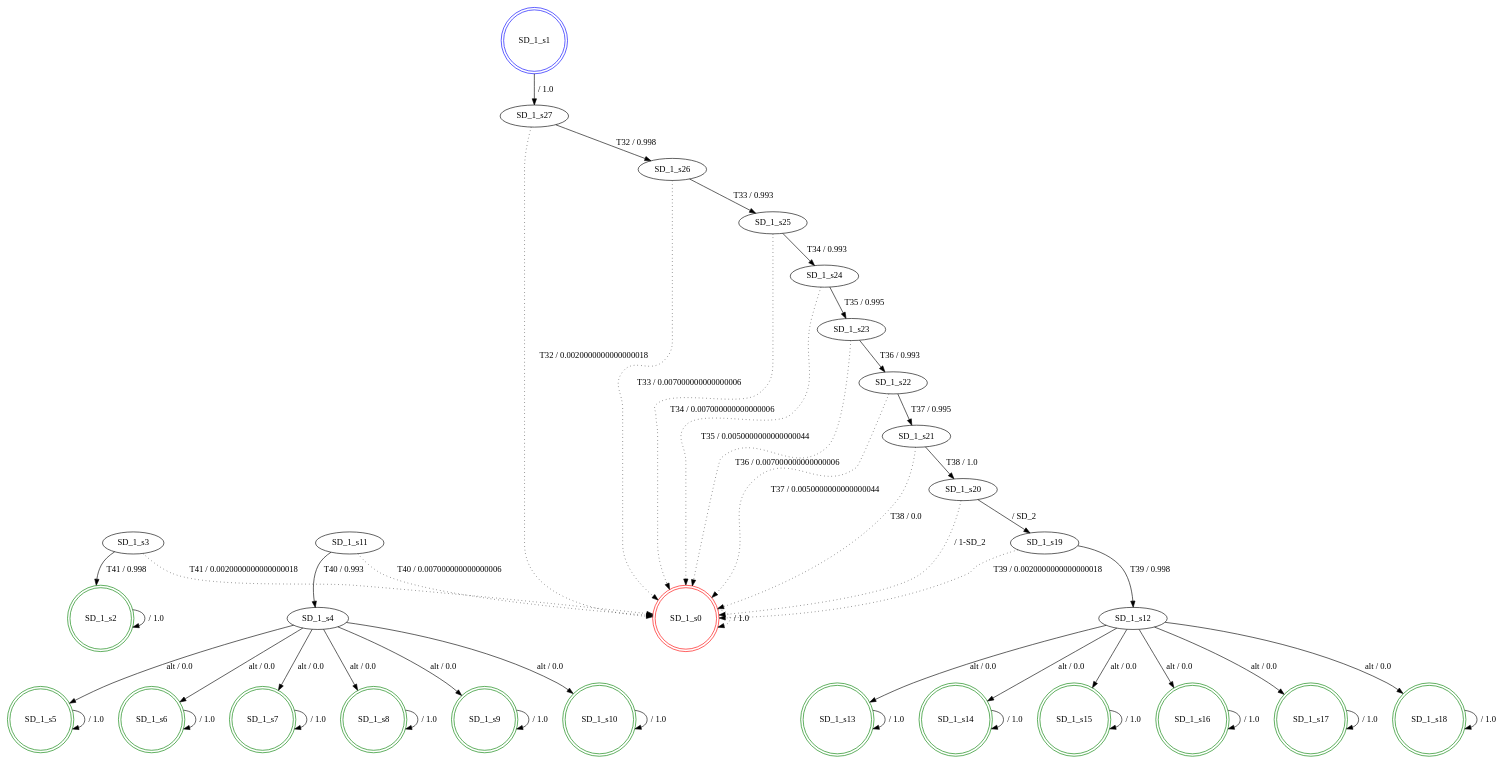
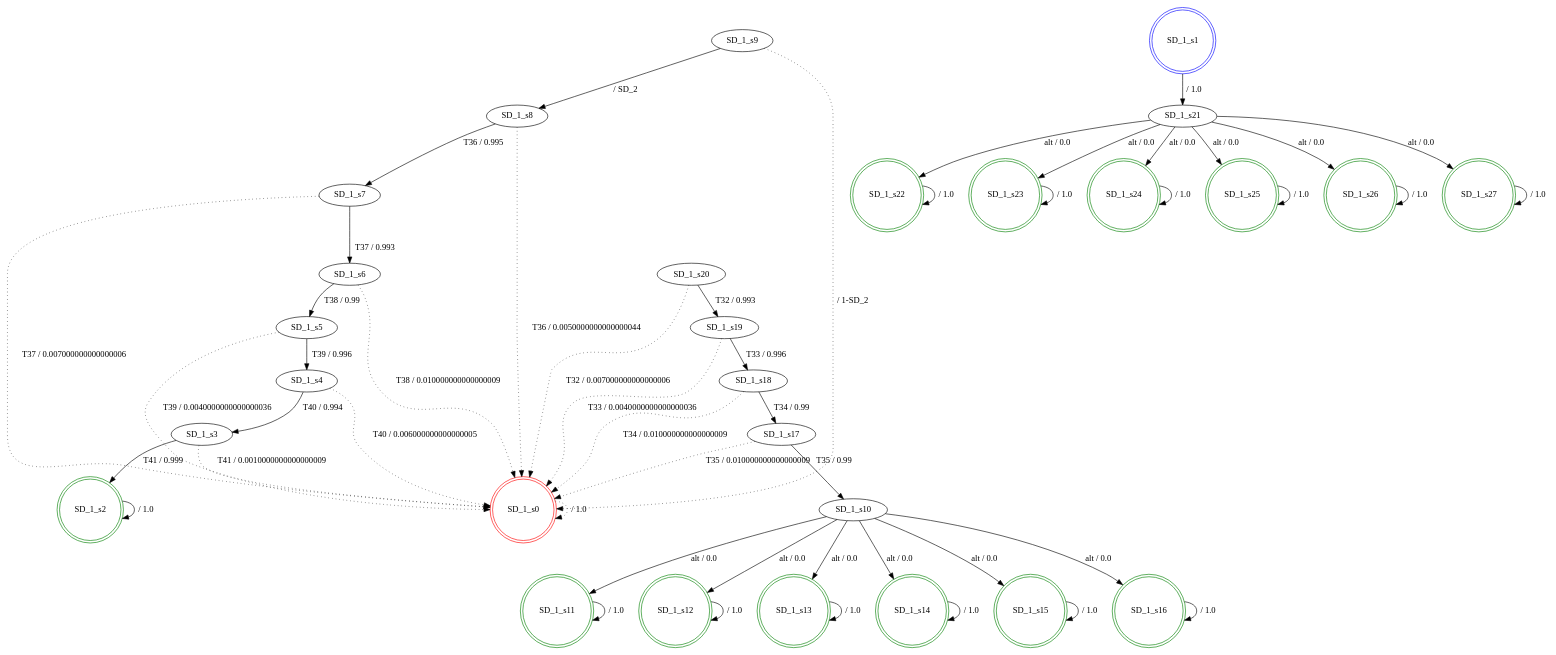
One commit to SPLMC/spl-generator changed the diagram in src/results_igor/3/fdtmc_SD_1.dot. Above: the diagram before and after it, drawn with Graphviz. The commit also changed 20 other files, not shown here.

```diff
--- a/src/results_igor/3/fdtmc_SD_1.dot
+++ b/src/results_igor/3/fdtmc_SD_1.dot
@@ -1,79 +1,79 @@
 digraph graphname {
 SD_1_s0 [label="SD_1_s0",color=red,shape=doublecircle ];
 SD_1_s1 [label="SD_1_s1",color=blue,shape=doublecircle ];
 SD_1_s2 [label="SD_1_s2",color=green,shape=doublecircle ];
 SD_1_s3 [label="SD_1_s3" ];
 SD_1_s4 [label="SD_1_s4" ];
-SD_1_s5 [label="SD_1_s5",color=green,shape=doublecircle ];
-SD_1_s6 [label="SD_1_s6",color=green,shape=doublecircle ];
-SD_1_s7 [label="SD_1_s7",color=green,shape=doublecircle ];
-SD_1_s8 [label="SD_1_s8",color=green,shape=doublecircle ];
-SD_1_s9 [label="SD_1_s9",color=green,shape=doublecircle ];
-SD_1_s10 [label="SD_1_s10",color=green,shape=doublecircle ];
-SD_1_s11 [label="SD_1_s11" ];
-SD_1_s12 [label="SD_1_s12" ];
+SD_1_s5 [label="SD_1_s5" ];
+SD_1_s6 [label="SD_1_s6" ];
+SD_1_s7 [label="SD_1_s7" ];
+SD_1_s8 [label="SD_1_s8" ];
+SD_1_s9 [label="SD_1_s9" ];
+SD_1_s10 [label="SD_1_s10" ];
+SD_1_s11 [label="SD_1_s11",color=green,shape=doublecircle ];
+SD_1_s12 [label="SD_1_s12",color=green,shape=doublecircle ];
 SD_1_s13 [label="SD_1_s13",color=green,shape=doublecircle ];
 SD_1_s14 [label="SD_1_s14",color=green,shape=doublecircle ];
 SD_1_s15 [label="SD_1_s15",color=green,shape=doublecircle ];
 SD_1_s16 [label="SD_1_s16",color=green,shape=doublecircle ];
-SD_1_s17 [label="SD_1_s17",color=green,shape=doublecircle ];
-SD_1_s18 [label="SD_1_s18",color=green,shape=doublecircle ];
+SD_1_s17 [label="SD_1_s17" ];
+SD_1_s18 [label="SD_1_s18" ];
 SD_1_s19 [label="SD_1_s19" ];
 SD_1_s20 [label="SD_1_s20" ];
 SD_1_s21 [label="SD_1_s21" ];
-SD_1_s22 [label="SD_1_s22" ];
-SD_1_s23 [label="SD_1_s23" ];
-SD_1_s24 [label="SD_1_s24" ];
-SD_1_s25 [label="SD_1_s25" ];
-SD_1_s26 [label="SD_1_s26" ];
-SD_1_s27 [label="SD_1_s27" ];
+SD_1_s22 [label="SD_1_s22",color=green,shape=doublecircle ];
+SD_1_s23 [label="SD_1_s23",color=green,shape=doublecircle ];
+SD_1_s24 [label="SD_1_s24",color=green,shape=doublecircle ];
+SD_1_s25 [label="SD_1_s25",color=green,shape=doublecircle ];
+SD_1_s26 [label="SD_1_s26",color=green,shape=doublecircle ];
+SD_1_s27 [label="SD_1_s27",color=green,shape=doublecircle ];
 SD_1_s0 -> SD_1_s0 [label=" / 1.0", style=dotted];
-SD_1_s1 -> SD_1_s27 [label=" / 1.0"];
+SD_1_s1 -> SD_1_s21 [label=" / 1.0"];
 SD_1_s2 -> SD_1_s2 [label=" / 1.0"];
-SD_1_s3 -> SD_1_s2 [label="T41 / 0.998"];
-SD_1_s3 -> SD_1_s0 [label="T41 / 0.0020000000000000018", style=dotted];
-SD_1_s4 -> SD_1_s5 [label="alt / 0.0"];
-SD_1_s4 -> SD_1_s6 [label="alt / 0.0"];
-SD_1_s4 -> SD_1_s7 [label="alt / 0.0"];
-SD_1_s4 -> SD_1_s8 [label="alt / 0.0"];
-SD_1_s4 -> SD_1_s9 [label="alt / 0.0"];
-SD_1_s4 -> SD_1_s10 [label="alt / 0.0"];
-SD_1_s5 -> SD_1_s5 [label=" / 1.0"];
-SD_1_s6 -> SD_1_s6 [label=" / 1.0"];
-SD_1_s7 -> SD_1_s7 [label=" / 1.0"];
-SD_1_s8 -> SD_1_s8 [label=" / 1.0"];
-SD_1_s9 -> SD_1_s9 [label=" / 1.0"];
-SD_1_s10 -> SD_1_s10 [label=" / 1.0"];
-SD_1_s11 -> SD_1_s4 [label="T40 / 0.993"];
-SD_1_s11 -> SD_1_s0 [label="T40 / 0.007000000000000006", style=dotted];
-SD_1_s12 -> SD_1_s13 [label="alt / 0.0"];
-SD_1_s12 -> SD_1_s14 [label="alt / 0.0"];
-SD_1_s12 -> SD_1_s15 [label="alt / 0.0"];
-SD_1_s12 -> SD_1_s16 [label="alt / 0.0"];
-SD_1_s12 -> SD_1_s17 [label="alt / 0.0"];
-SD_1_s12 -> SD_1_s18 [label="alt / 0.0"];
+SD_1_s3 -> SD_1_s2 [label="T41 / 0.999"];
+SD_1_s3 -> SD_1_s0 [label="T41 / 0.0010000000000000009", style=dotted];
+SD_1_s4 -> SD_1_s3 [label="T40 / 0.994"];
+SD_1_s4 -> SD_1_s0 [label="T40 / 0.006000000000000005", style=dotted];
+SD_1_s5 -> SD_1_s4 [label="T39 / 0.996"];
+SD_1_s5 -> SD_1_s0 [label="T39 / 0.0040000000000000036", style=dotted];
+SD_1_s6 -> SD_1_s5 [label="T38 / 0.99"];
+SD_1_s6 -> SD_1_s0 [label="T38 / 0.010000000000000009", style=dotted];
+SD_1_s7 -> SD_1_s6 [label="T37 / 0.993"];
+SD_1_s7 -> SD_1_s0 [label="T37 / 0.007000000000000006", style=dotted];
+SD_1_s8 -> SD_1_s7 [label="T36 / 0.995"];
+SD_1_s8 -> SD_1_s0 [label="T36 / 0.0050000000000000044", style=dotted];
+SD_1_s9 -> SD_1_s8 [label=" / SD_2"];
+SD_1_s9 -> SD_1_s0 [label=" / 1-SD_2", style=dotted];
+SD_1_s10 -> SD_1_s11 [label="alt / 0.0"];
+SD_1_s10 -> SD_1_s12 [label="alt / 0.0"];
+SD_1_s10 -> SD_1_s13 [label="alt / 0.0"];
+SD_1_s10 -> SD_1_s14 [label="alt / 0.0"];
+SD_1_s10 -> SD_1_s15 [label="alt / 0.0"];
+SD_1_s10 -> SD_1_s16 [label="alt / 0.0"];
+SD_1_s11 -> SD_1_s11 [label=" / 1.0"];
+SD_1_s12 -> SD_1_s12 [label=" / 1.0"];
 SD_1_s13 -> SD_1_s13 [label=" / 1.0"];
 SD_1_s14 -> SD_1_s14 [label=" / 1.0"];
 SD_1_s15 -> SD_1_s15 [label=" / 1.0"];
 SD_1_s16 -> SD_1_s16 [label=" / 1.0"];
-SD_1_s17 -> SD_1_s17 [label=" / 1.0"];
-SD_1_s18 -> SD_1_s18 [label=" / 1.0"];
-SD_1_s19 -> SD_1_s12 [label="T39 / 0.998"];
-SD_1_s19 -> SD_1_s0 [label="T39 / 0.0020000000000000018", style=dotted];
-SD_1_s20 -> SD_1_s19 [label=" / SD_2"];
-SD_1_s20 -> SD_1_s0 [label=" / 1-SD_2", style=dotted];
-SD_1_s21 -> SD_1_s20 [label="T38 / 1.0"];
-SD_1_s21 -> SD_1_s0 [label="T38 / 0.0", style=dotted];
-SD_1_s22 -> SD_1_s21 [label="T37 / 0.995"];
-SD_1_s22 -> SD_1_s0 [label="T37 / 0.0050000000000000044", style=dotted];
-SD_1_s23 -> SD_1_s22 [label="T36 / 0.993"];
-SD_1_s23 -> SD_1_s0 [label="T36 / 0.007000000000000006", style=dotted];
-SD_1_s24 -> SD_1_s23 [label="T35 / 0.995"];
-SD_1_s24 -> SD_1_s0 [label="T35 / 0.0050000000000000044", style=dotted];
-SD_1_s25 -> SD_1_s24 [label="T34 / 0.993"];
-SD_1_s25 -> SD_1_s0 [label="T34 / 0.007000000000000006", style=dotted];
-SD_1_s26 -> SD_1_s25 [label="T33 / 0.993"];
-SD_1_s26 -> SD_1_s0 [label="T33 / 0.007000000000000006", style=dotted];
-SD_1_s27 -> SD_1_s26 [label="T32 / 0.998"];
-SD_1_s27 -> SD_1_s0 [label="T32 / 0.0020000000000000018", style=dotted];
+SD_1_s17 -> SD_1_s10 [label="T35 / 0.99"];
+SD_1_s17 -> SD_1_s0 [label="T35 / 0.010000000000000009", style=dotted];
+SD_1_s18 -> SD_1_s17 [label="T34 / 0.99"];
+SD_1_s18 -> SD_1_s0 [label="T34 / 0.010000000000000009", style=dotted];
+SD_1_s19 -> SD_1_s18 [label="T33 / 0.996"];
+SD_1_s19 -> SD_1_s0 [label="T33 / 0.0040000000000000036", style=dotted];
+SD_1_s20 -> SD_1_s19 [label="T32 / 0.993"];
+SD_1_s20 -> SD_1_s0 [label="T32 / 0.007000000000000006", style=dotted];
+SD_1_s21 -> SD_1_s22 [label="alt / 0.0"];
+SD_1_s21 -> SD_1_s23 [label="alt / 0.0"];
+SD_1_s21 -> SD_1_s24 [label="alt / 0.0"];
+SD_1_s21 -> SD_1_s25 [label="alt / 0.0"];
+SD_1_s21 -> SD_1_s26 [label="alt / 0.0"];
+SD_1_s21 -> SD_1_s27 [label="alt / 0.0"];
+SD_1_s22 -> SD_1_s22 [label=" / 1.0"];
+SD_1_s23 -> SD_1_s23 [label=" / 1.0"];
+SD_1_s24 -> SD_1_s24 [label=" / 1.0"];
+SD_1_s25 -> SD_1_s25 [label=" / 1.0"];
+SD_1_s26 -> SD_1_s26 [label=" / 1.0"];
+SD_1_s27 -> SD_1_s27 [label=" / 1.0"];
 }
```
